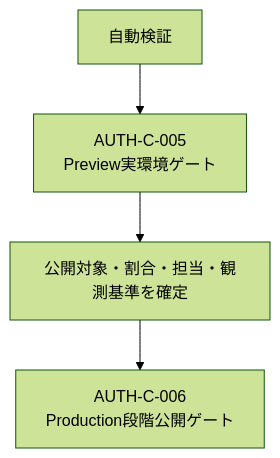
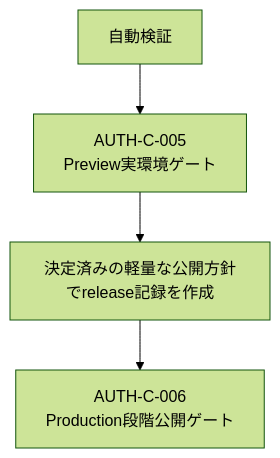
Before and after one commit to kkyosuke/me-builder: the diagram in docs/development/web-authentication-remaining-tasks.md, drawn with Mermaid (forest theme). The commit also changed other lines of this file and 3 other files, not shown here.

````diff
--- a/docs/development/web-authentication-remaining-tasks.md
+++ b/docs/development/web-authentication-remaining-tasks.md
@@ -34,6 +34,6 @@
 ```mermaid
 flowchart TD
     A[自動検証] --> P[AUTH-C-005<br/>Preview実環境ゲート]
-    P --> R[公開対象・割合・担当・観測基準を確定]
+    P --> R[決定済みの軽量な公開方針でrelease記録を作成]
     R --> D[AUTH-C-006<br/>Production段階公開ゲート]
 ```
````
